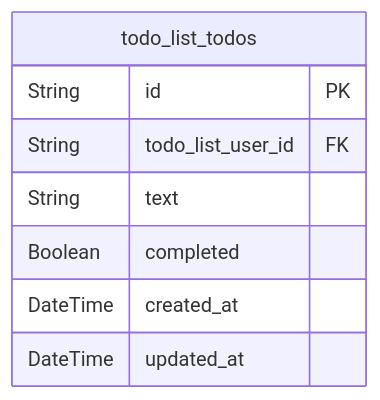
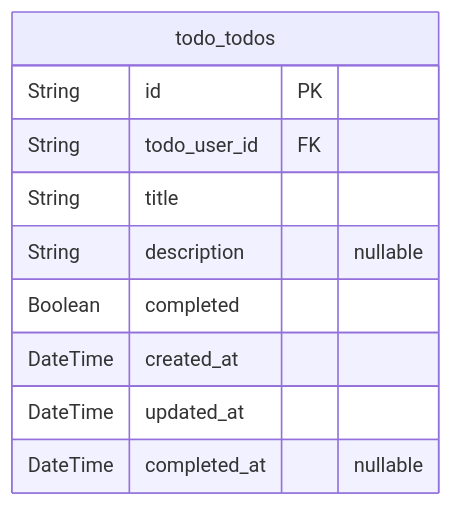
The second of 2 diagrams in qwen/qwen3-next-80b-a3b-instruct/todo/docs/ERD.md (wrtnlabs/autobe-examples), drawn with Mermaid before and after one commit. The commit also changed other lines of this file and 3372 other files, not shown here.

````diff
--- a/qwen/qwen3-next-80b-a3b-instruct/todo/docs/ERD.md
+++ b/qwen/qwen3-next-80b-a3b-instruct/todo/docs/ERD.md
@@ -47,11 +97,13 @@
 ```mermaid
 erDiagram
-"todo_list_todos" {
+"todo_todos" {
   String id PK
-  String todo_list_user_id FK
-  String text
+  String todo_user_id FK
+  String title
+  String description "nullable"
   Boolean completed
   DateTime created_at
   DateTime updated_at
+  DateTime completed_at "nullable"
 }
 ```
````
